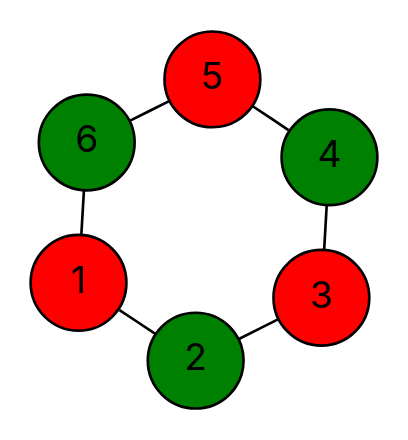
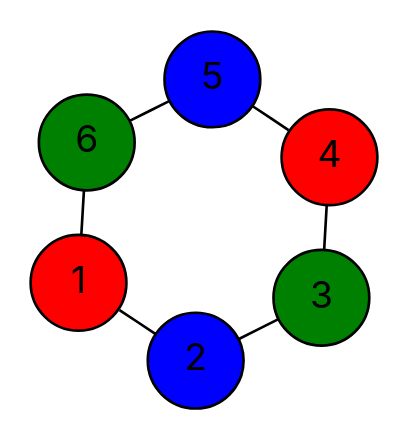
One commit to vercah/vertex-coloring changed the diagram in data/final-dots/easy-02-parallel.dot. Above: the diagram before and after it, drawn with Graphviz. The commit also changed 144 other files, not shown here.

```diff
--- a/data/final-dots/easy-02-parallel.dot
+++ b/data/final-dots/easy-02-parallel.dot
@@ -1,18 +1,18 @@
 graph G {
   layout=neato;
   overlap=false;
   splines=true;
   node [shape=circle, style=filled, fontname=Inter];
   1 [label="1", fillcolor="red", tooltip="v1 color 0"];
-  2 [label="2", fillcolor="green", tooltip="v2 color 1"];
-  3 [label="3", fillcolor="red", tooltip="v3 color 0"];
-  4 [label="4", fillcolor="green", tooltip="v4 color 1"];
-  5 [label="5", fillcolor="red", tooltip="v5 color 0"];
+  2 [label="2", fillcolor="blue", tooltip="v2 color 2"];
+  3 [label="3", fillcolor="green", tooltip="v3 color 1"];
+  4 [label="4", fillcolor="red", tooltip="v4 color 0"];
+  5 [label="5", fillcolor="blue", tooltip="v5 color 2"];
   6 [label="6", fillcolor="green", tooltip="v6 color 1"];
   1 -- 2;
   1 -- 6;
   2 -- 3;
   3 -- 4;
   4 -- 5;
   5 -- 6;
 }
```
